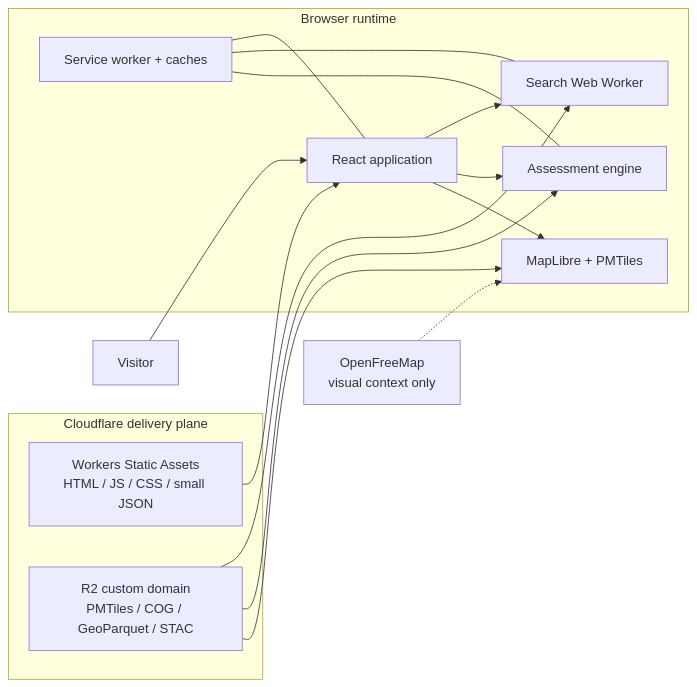
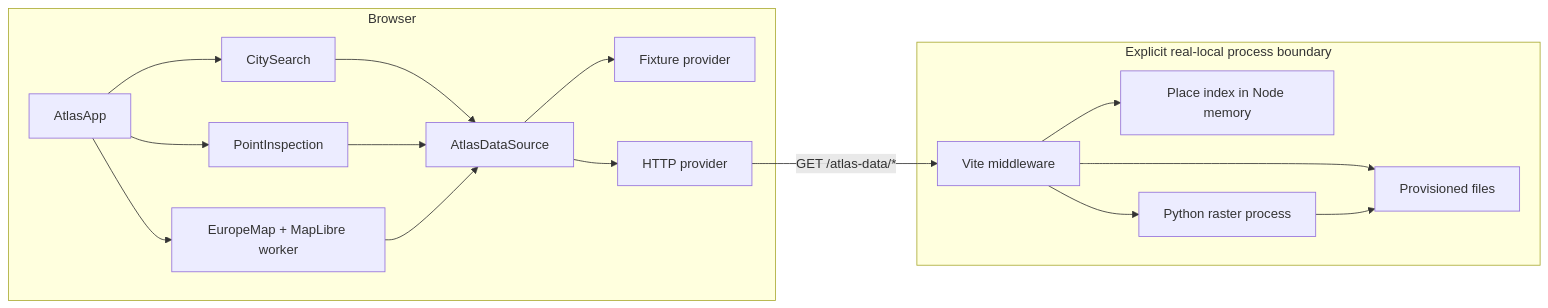
The first of 2 diagrams in docs/architecture/02-container-view.md (artemsemdev/SeaRise-Europe), drawn with Mermaid before and after one commit. The commit also changed other lines of this file and 1 other file, not shown here.

Commit message:
docs(architecture): describe current atlas and projection boundaries

````diff
--- a/docs/architecture/02-container-view.md
+++ b/docs/architecture/02-container-view.md
@@ -27,32 +29,24 @@
 ```mermaid
 flowchart LR
-    U[Visitor]
-
-    subgraph Edge[Cloudflare delivery plane]
-        Static[Workers Static Assets\nHTML / JS / CSS / small JSON]
-        Objects[R2 custom domain\nPMTiles / COG / GeoParquet / STAC]
+    subgraph Browser
+        UI[AtlasApp]
+        Search[CitySearch]
+        Point[PointInspection]
+        Map[EuropeMap + MapLibre worker]
+        Source[AtlasDataSource]
+        Fixture[Fixture provider]
+        HTTP[HTTP provider]
+        UI --> Search & Point & Map
+        Search & Point & Map --> Source
+        Source --> Fixture & HTTP
     end
-
-    subgraph Browser[Browser runtime]
-        App[React application]
-        Search[Search Web Worker]
-        Assess[Assessment engine]
-        Map[MapLibre + PMTiles]
-        SW[Service worker + caches]
+    subgraph Local[Explicit real-local process boundary]
+        Vite[Vite middleware]
+        Context[Place index in Node memory]
+        Python[Python raster process]
+        Inputs[Provisioned files]
+        Vite --> Context & Python & Inputs
+        Python --> Inputs
     end
-
-    Base[OpenFreeMap\nvisual context only]
-
-    U --> App
-    Static --> App
-    App --> Search
-    App --> Assess
-    App --> Map
-    SW --- App
-    SW --- Search
-    SW --- Assess
-    Objects --> Search
-    Objects --> Assess
-    Objects --> Map
-    Base -.-> Map
+    HTTP -->|GET /atlas-data/*| Vite
 ```
````
